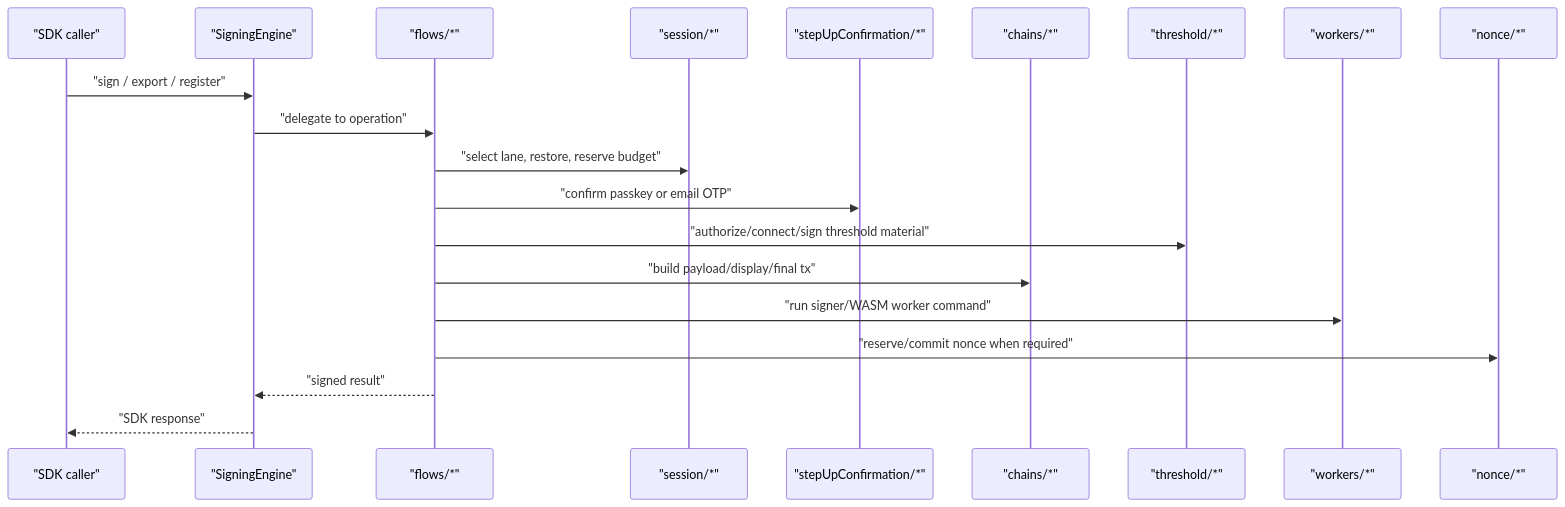
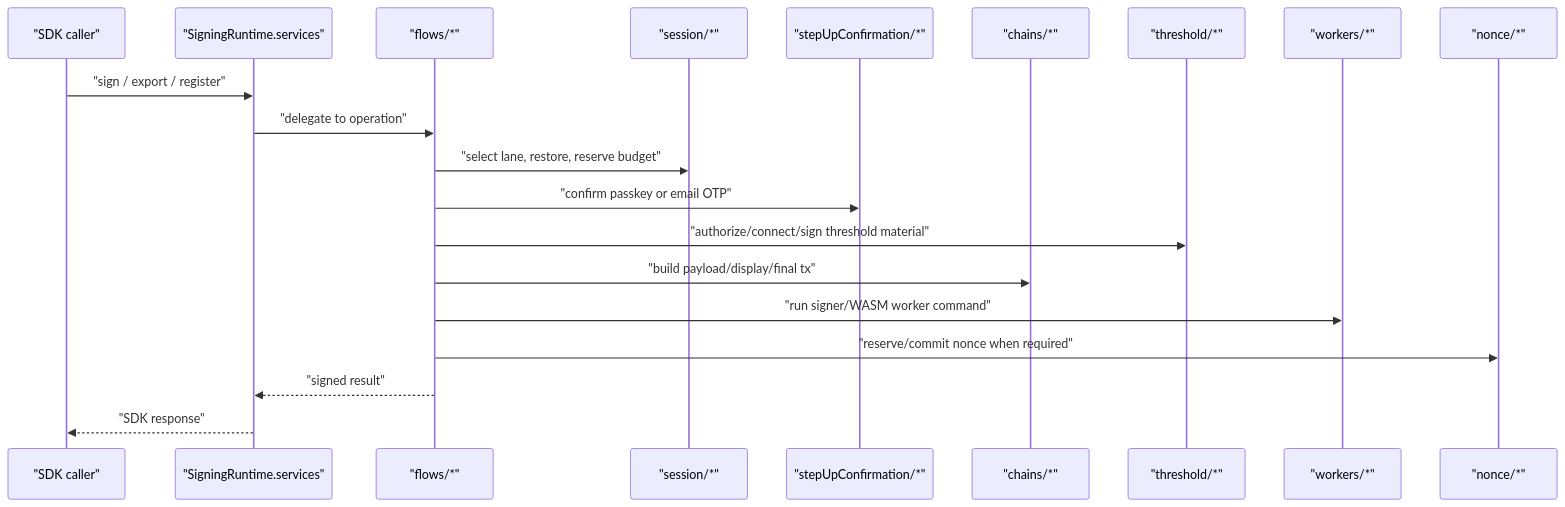
Before and after one commit to seams-tech/seams-sdk: the second of 4 diagrams in client/src/core/signingEngine/README.md, drawn with Mermaid. The commit also changed other lines of this file and 375 other files, not shown here.

````diff
--- a/client/src/core/signingEngine/README.md
+++ b/client/src/core/signingEngine/README.md
@@ -95,23 +94,23 @@
 ```mermaid
 sequenceDiagram
   participant SDK as "SDK caller"
-  participant SE as "SigningEngine"
+  participant RT as "SigningRuntime.services"
   participant OP as "flows/*"
   participant SS as "session/*"
   participant CF as "stepUpConfirmation/*"
   participant CH as "chains/*"
   participant TH as "threshold/*"
   participant WK as "workers/*"
   participant NC as "nonce/*"
 
-  SDK->>SE: "sign / export / register"
-  SE->>OP: "delegate to operation"
+  SDK->>RT: "sign / export / register"
+  RT->>OP: "delegate to operation"
   OP->>SS: "select lane, restore, reserve budget"
   OP->>CF: "confirm passkey or email OTP"
   OP->>TH: "authorize/connect/sign threshold material"
   OP->>CH: "build payload/display/final tx"
   OP->>WK: "run signer/WASM worker command"
   OP->>NC: "reserve/commit nonce when required"
-  OP-->>SE: "signed result"
-  SE-->>SDK: "SDK response"
+  OP-->>RT: "signed result"
+  RT-->>SDK: "SDK response"
 ```
````
